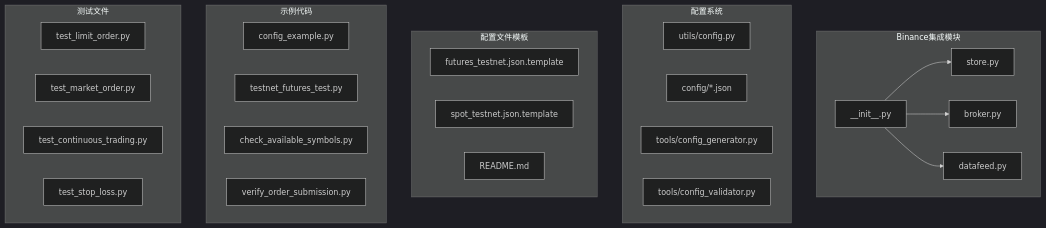
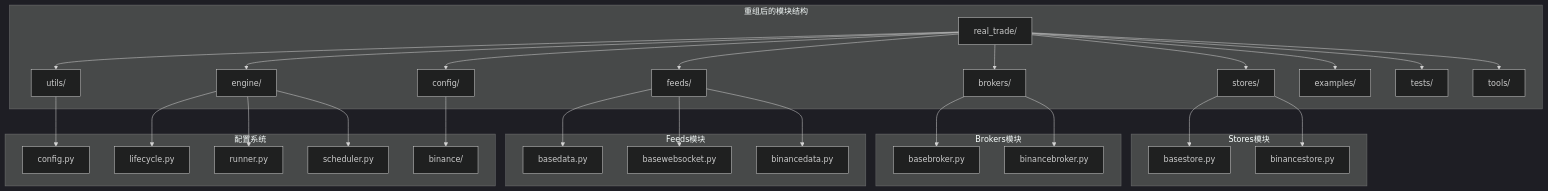
Before and after one commit to bench-prog/backtrader: the first of 3 diagrams in .qoder/repowiki/zh/content/实盘交易模块/Binance交易所集成/Binance交易所集成.md, drawn with Mermaid (dark theme). The commit also changed other lines of this file and 40 other files, not shown here.

````diff
--- a/.qoder/repowiki/zh/content/实盘交易模块/Binance交易所集成/Binance交易所集成.md
+++ b/.qoder/repowiki/zh/content/实盘交易模块/Binance交易所集成/Binance交易所集成.md
@@ -58,31 +57,34 @@
 ```mermaid
 graph TB
-subgraph "Binance集成模块"
-A[__init__.py] --> B[store.py]
-A --> C[broker.py]
-A --> D[datafeed.py]
+subgraph "重组后的模块结构"
+A[real_trade/] --> B[stores/]
+A --> C[brokers/]
+A --> D[feeds/]
+A --> E[utils/]
+A --> F[engine/]
+A --> G[config/]
+A --> H[examples/]
+A --> I[tests/]
+A --> J[tools/]
+end
+subgraph "Stores模块"
+B --> B1[basestore.py]
+B --> B2[binancestore.py]
+end
+subgraph "Brokers模块"
+C --> C1[basebroker.py]
+C --> C2[binancebroker.py]
+end
+subgraph "Feeds模块"
+D --> D1[basedata.py]
+D --> D2[basewebsocket.py]
+D --> D3[binancedata.py]
 end
 subgraph "配置系统"
-E[utils/config.py]
-F[config/*.json]
-G[tools/config_generator.py]
-H[tools/config_validator.py]
-end
-subgraph "配置文件模板"
-I[futures_testnet.json.template]
-J[spot_testnet.json.template]
-K[README.md]
-end
-subgraph "示例代码"
-L[config_example.py]
-M[testnet_futures_test.py]
-N[check_available_symbols.py]
-O[verify_order_submission.py]
-end
-subgraph "测试文件"
-P[test_limit_order.py]
-Q[test_market_order.py]
-R[test_continuous_trading.py]
-S[test_stop_loss.py]
+E --> E1[config.py]
+F --> F1[lifecycle.py]
+F --> F2[runner.py]
+F --> F3[scheduler.py]
+G --> G1[binance/]
 end
 ```
````
